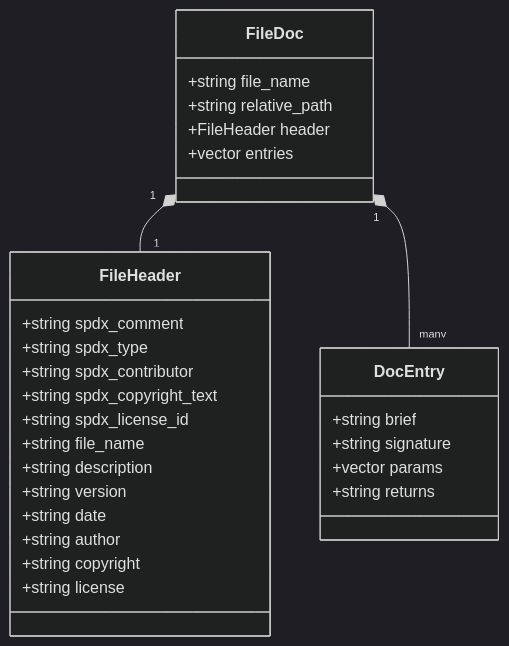
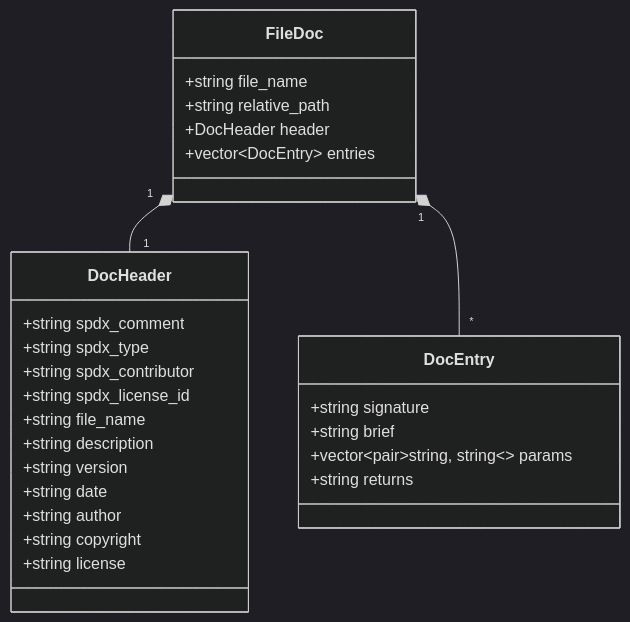
Before and after one commit to Zheng-Bote/cxx_docu_gen: the fourth of 4 diagrams in docs/architecture/architecture_doc.md, drawn with Mermaid (dark theme). The commit also changed other lines of this file and 13 other files, not shown here.

````diff
--- a/docs/architecture/architecture_doc.md
+++ b/docs/architecture/architecture_doc.md
@@ -20,31 +71,30 @@
 ```mermaid
 classDiagram
-    class FileHeader {
+    class FileDoc {
+        +string file_name
+        +string relative_path
+        +DocHeader header
+        +vector~DocEntry~ entries
+    }
+    class DocHeader {
         +string spdx_comment
         +string spdx_type
         +string spdx_contributor
-        +string spdx_copyright_text
         +string spdx_license_id
         +string file_name
         +string description
         +string version
         +string date
         +string author
         +string copyright
         +string license
     }
     class DocEntry {
+        +string signature
         +string brief
-        +string signature
-        +vector params
+        +vector~pair~string, string~~ params
         +string returns
     }
-    class FileDoc {
-        +string file_name
-        +string relative_path
-        +FileHeader header
-        +vector entries
-    }
-    FileDoc "1" *-- "1" FileHeader
-    FileDoc "1" *-- "many" DocEntry
+    FileDoc "1" *-- "1" DocHeader
+    FileDoc "1" *-- "*" DocEntry
 ```
````
